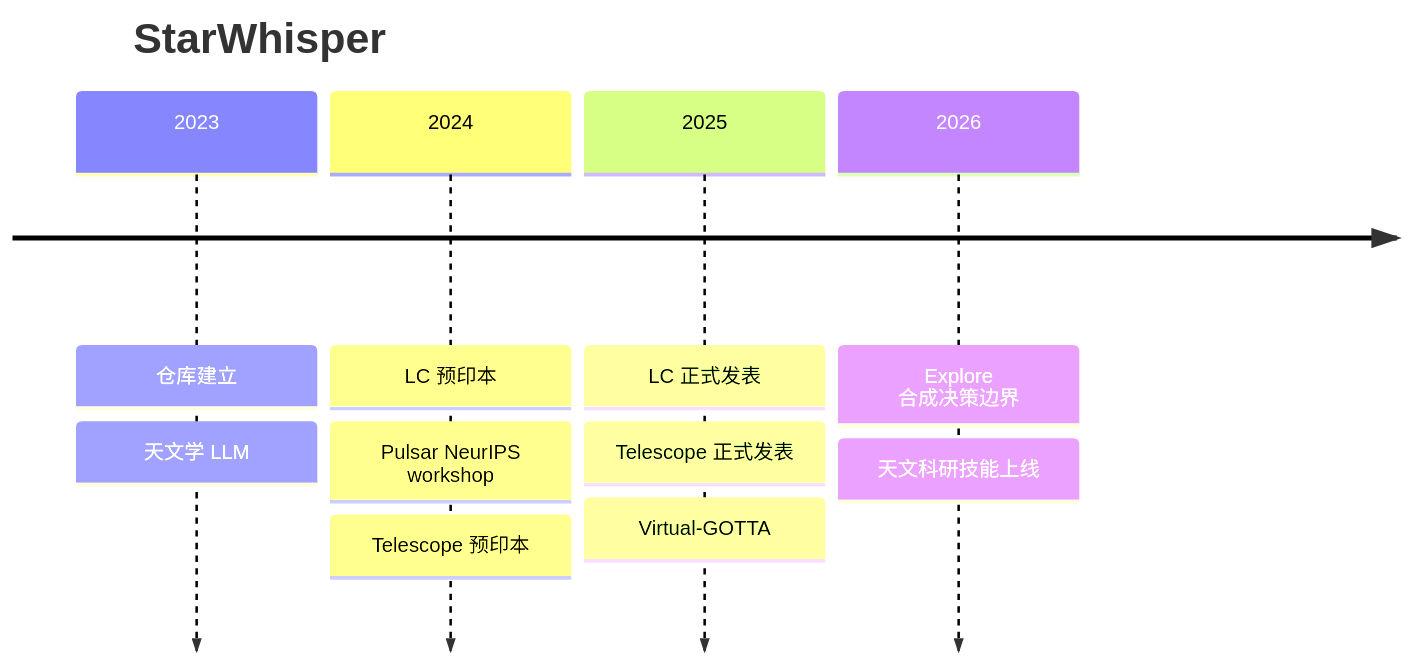
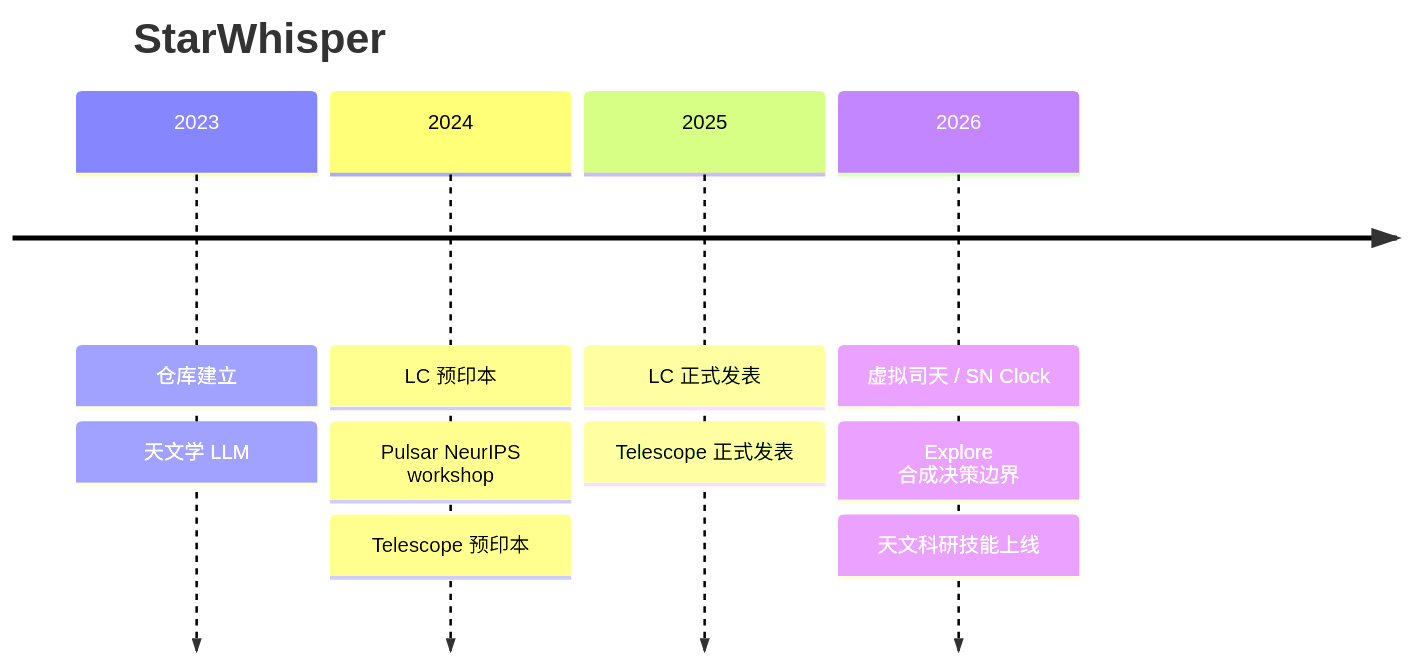
Before and after one commit to Yu-Yang-Li/StarWhisper: the diagram in README.md, drawn with Mermaid. The commit also changed other lines of this file and 1 other file, not shown here.

First line of the commit message:
docs(readme): date Virtual Sitian / SN Clock as 2026 work

````diff
--- a/README.md
+++ b/README.md
@@ -32,8 +32,8 @@
 ```mermaid
 timeline
     title StarWhisper
     2023 : 仓库建立 : 天文学 LLM
     2024 : LC 预印本 : Pulsar NeurIPS workshop : Telescope 预印本
-    2025 : LC 正式发表 : Telescope 正式发表 : Virtual-GOTTA
-    2026 : Explore 合成决策边界 : 天文科研技能上线
+    2025 : LC 正式发表 : Telescope 正式发表
+    2026 : 虚拟司天 / SN Clock : Explore 合成决策边界 : 天文科研技能上线
 ```
````
